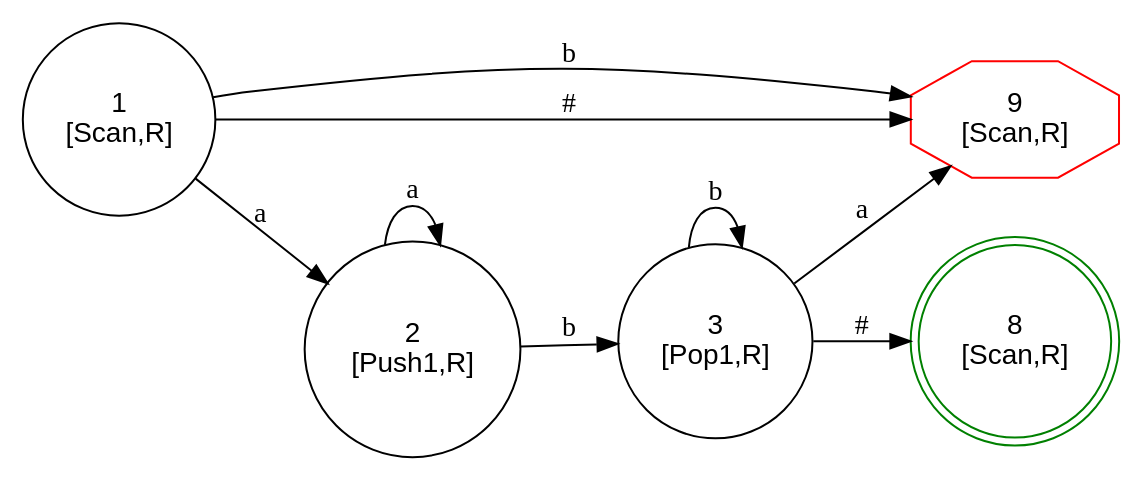
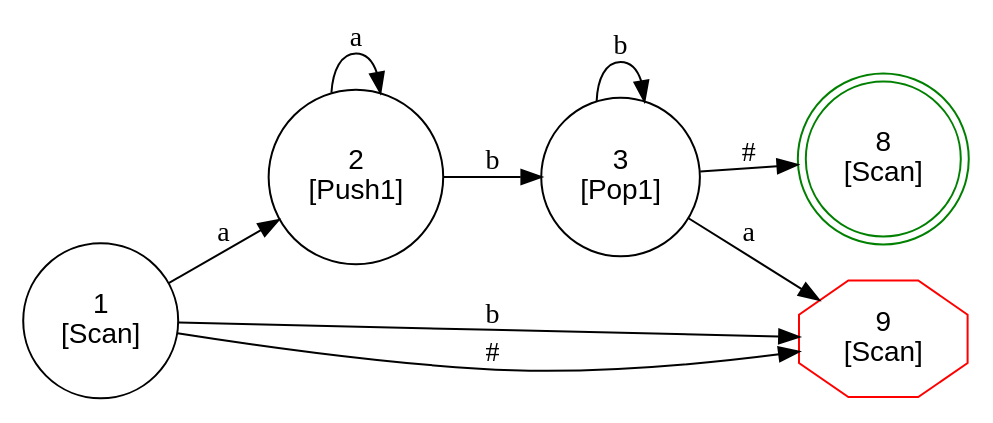
The diagram in dots/pda.dot (kokobabe99/turing_point), drawn with Graphviz before and after one commit. The commit also changed 9 other files, not shown here.

```diff
--- a/dots/pda.dot
+++ b/dots/pda.dot
@@ -1,16 +1,16 @@
 digraph FSM {
   rankdir=LR; node [shape=circle, fontname="Arial"];
-  1 [label="1\n[Scan,R]", shape=circle];
+  1 [label="1\n[Scan]", shape=circle];
+  1 -> 2 [label="a"];
   1 -> 9 [label="b"];
   1 -> 9 [label="#"];
-  1 -> 2 [label="a"];
-  2 [label="2\n[Push1,R]", shape=circle];
+  2 [label="2\n[Push1]", shape=circle];
   2 -> 2 [label="a"];
   2 -> 3 [label="b"];
-  3 [label="3\n[Pop1,R]", shape=circle];
+  3 [label="3\n[Pop1]", shape=circle];
   3 -> 3 [label="b"];
   3 -> 8 [label="#"];
   3 -> 9 [label="a"];
-  8 [label="8\n[Scan,R]", shape=doublecircle, color="green"];
-  9 [label="9\n[Scan,R]", shape=octagon, color="red"];
+  8 [label="8\n[Scan]", shape=doublecircle, color="green"];
+  9 [label="9\n[Scan]", shape=octagon, color="red"];
 }
```
